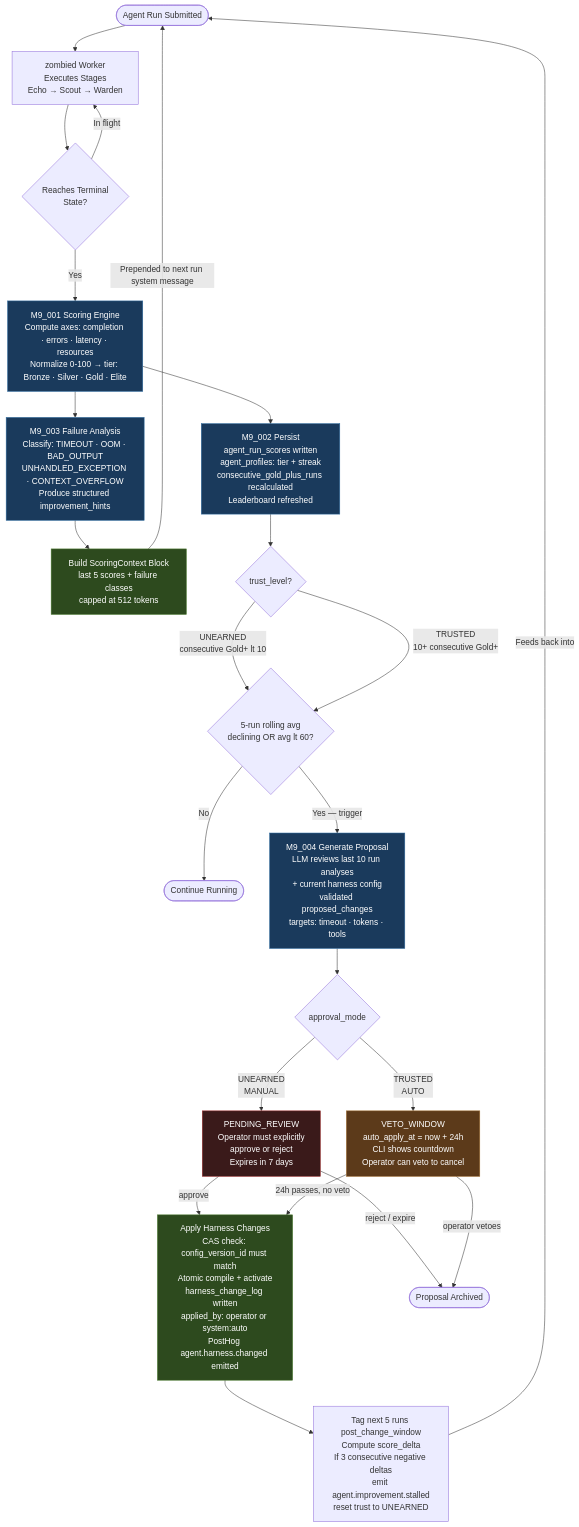
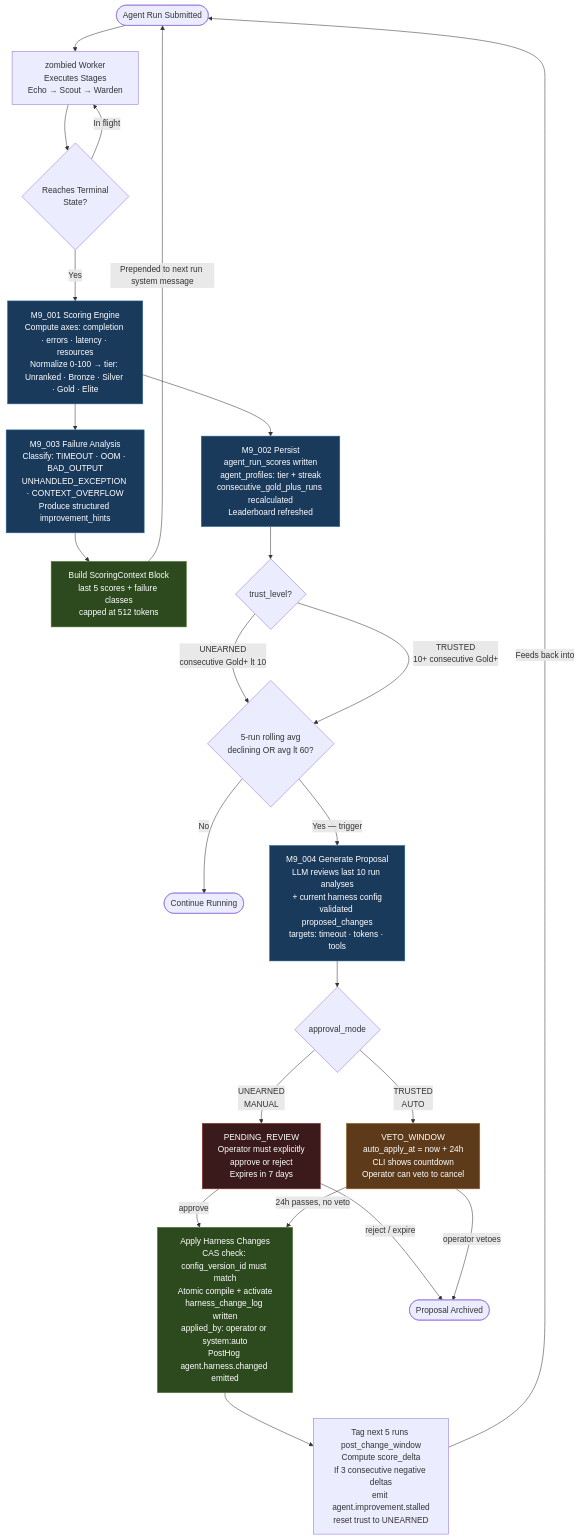
One commit to usezombie/usezombie changed the third of 3 diagrams in docs/ARCHITECTURE.md. Above: the diagram before and after it, drawn with Mermaid. The commit also changed other lines of this file and 5 other files, not shown here.

Commit message:
feat(scoring): add unranked scoring tier

````diff
--- a/docs/ARCHITECTURE.md
+++ b/docs/ARCHITECTURE.md
@@ -368,53 +368,53 @@
 ```mermaid
 flowchart TD
     A([Agent Run Submitted]) --> B[zombied Worker\nExecutes Stages\nEcho → Scout → Warden]
     B --> C{Reaches Terminal\nState?}
     C -->|In flight| B
 
-    C -->|Yes| D["M9_001 Scoring Engine\nCompute axes: completion · errors · latency · resources\nNormalize 0-100 → tier: Bronze · Silver · Gold · Elite"]
+    C -->|Yes| D["M9_001 Scoring Engine\nCompute axes: completion · errors · latency · resources\nNormalize 0-100 → tier: Unranked · Bronze · Silver · Gold · Elite"]
 
     D --> E["M9_002 Persist\nagent_run_scores written\nagent_profiles: tier + streak\nconsecutive_gold_plus_runs recalculated\nLeaderboard refreshed"]
 
     D --> F["M9_003 Failure Analysis\nClassify: TIMEOUT · OOM · BAD_OUTPUT\nUNHANDLED_EXCEPTION · CONTEXT_OVERFLOW\nProduce structured improvement_hints"]
 
     F --> G["Build ScoringContext Block\nlast 5 scores + failure classes\ncapped at 512 tokens"]
 
     G -->|Prepended to next run system message| A
 
     E --> T{trust_level?}
 
     T -->|UNEARNED\nconsecutive Gold+ lt 10| H
     T -->|TRUSTED\n10+ consecutive Gold+| H
 
     H{5-run rolling avg\ndeclining OR avg lt 60?}
     H -->|No| I([Continue Running])
 
     H -->|Yes — trigger| J["M9_004 Generate Proposal\nLLM reviews last 10 run analyses\n+ current harness config\nvalidated proposed_changes\ntargets: timeout · tokens · tools"]
 
     J --> AP{approval_mode}
 
     AP -->|UNEARNED\nMANUAL| K["PENDING_REVIEW\nOperator must explicitly\napprove or reject\nExpires in 7 days"]
 
     AP -->|TRUSTED\nAUTO| V["VETO_WINDOW\nauto_apply_at = now + 24h\nCLI shows countdown\nOperator can veto to cancel"]
 
     K -->|approve| L
     K -->|reject / expire| M([Proposal Archived])
 
     V -->|24h passes, no veto| L
     V -->|operator vetoes| M
 
     L["Apply Harness Changes\nCAS check: config_version_id must match\nAtomic compile + activate\nharness_change_log written\napplied_by: operator or system:auto\nPostHog agent.harness.changed emitted"]
 
     L --> N["Tag next 5 runs post_change_window\nCompute score_delta\nIf 3 consecutive negative deltas\nemit agent.improvement.stalled\nreset trust to UNEARNED"]
 
     N -->|Feeds back into| A
 
     style D fill:#1a3a5c,color:#fff,stroke:#2d6a9f
     style F fill:#1a3a5c,color:#fff,stroke:#2d6a9f
     style E fill:#1a3a5c,color:#fff,stroke:#2d6a9f
     style J fill:#1a3a5c,color:#fff,stroke:#2d6a9f
     style G fill:#2d4a1e,color:#fff,stroke:#4a7a2e
     style L fill:#2d4a1e,color:#fff,stroke:#4a7a2e
     style V fill:#5c3a1a,color:#fff,stroke:#9f6a2d
     style K fill:#3a1a1a,color:#fff,stroke:#9f2d2d
 ```
````
